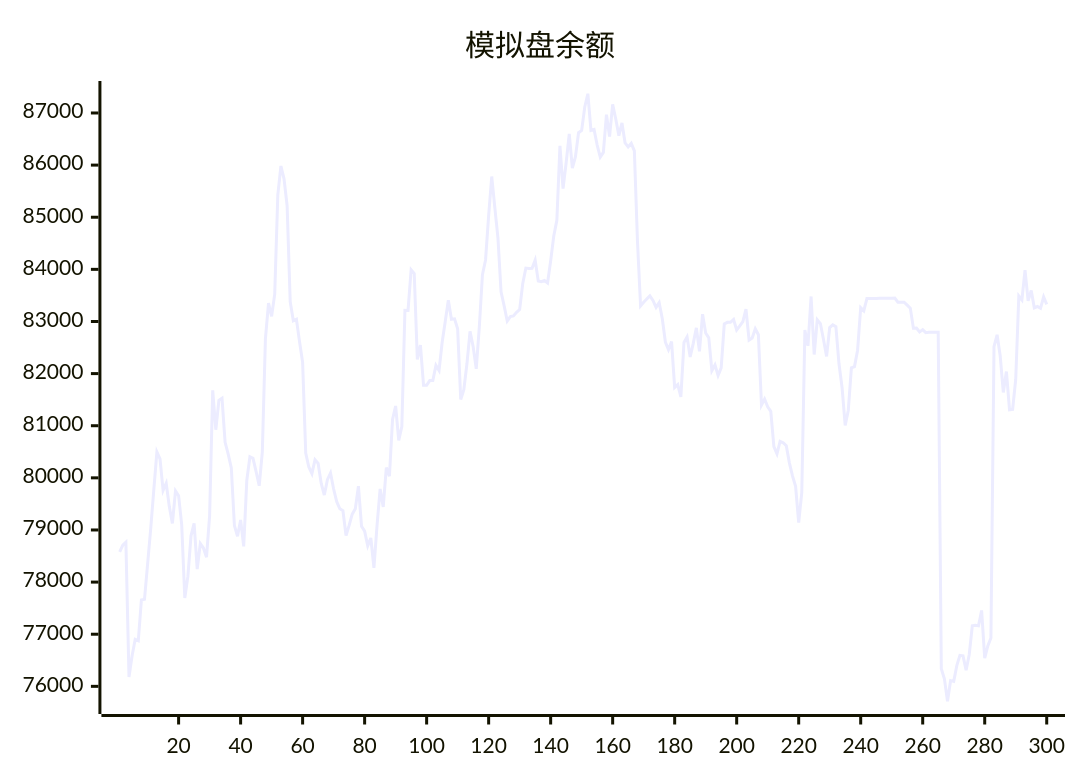
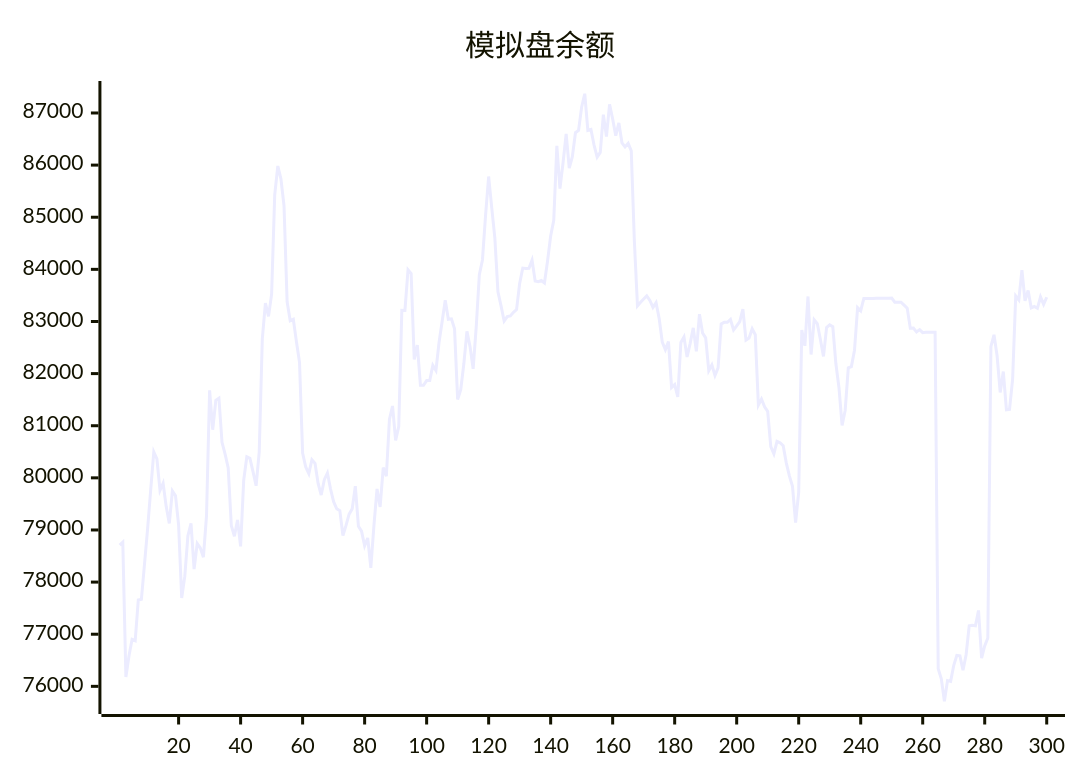
Before and after one commit to aahl/ai-trading: the diagram in README.md, drawn with Mermaid. The commit also changed other lines of this file and 1 other file, not shown here.

````diff
--- a/README.md
+++ b/README.md
@@ -5,5 +5,5 @@
 ```mermaid
 xychart
     title "模拟盘余额"
-    line [78580,78708,78764,76179,76586,76902,76876,77658,77669,78346,79023,79769,80497,80366,79761,79896,79448,79126,79749,79658,79097,77695,78114,78888,79126,78249,78738,78653,78478,79271,81680,80923,81488,81527,80681,80455,80190,79084,78879,79193,78686,79954,80403,80374,80118,79848,80491,82665,83351,83098,83525,85430,85983,85737,85221,83378,83014,83043,82613,82216,80477,80208,80081,80348,80277,79894,79670,79965,80093,79786,79542,79406,79371,78893,79087,79304,79406,79841,79072,78978,78696,78846,78272,79085,79787,79442,80198,80031,81120,81379,80718,80985,83214,83212,83993,83921,82270,82547,81776,81776,81866,81866,82158,82061,82596,83000,83408,83041,83050,82858,81503,81691,82188,82812,82517,82092,82901,83898,84180,85030,85781,85178,84604,83569,83298,83008,83093,83107,83175,83228,83729,84025,84017,84019,84177,83775,83762,83785,83738,84160,84639,84939,86370,85548,86046,86599,85942,86161,86622,86664,87115,87369,86666,86685,86384,86152,86243,86969,86548,87164,86885,86566,86809,86427,86348,86417,86273,84538,83299,83369,83430,83490,83404,83270,83362,83056,82605,82459,82614,81734,81788,81551,82598,82702,82320,82580,82878,82426,83139,82778,82686,82056,82166,81963,82110,82951,82983,82984,83038,82838,82915,82998,83235,82642,82682,82858,82746,81396,81512,81362,81277,80600,80461,80699,80673,80616,80288,80038,79836,79142,79722,82837,82533,83480,82366,83032,82960,82654,82330,82883,82934,82901,82188,81728,81005,81298,82110,82135,82449,83264,83203,83440,83439,83440,83440,83446,83447,83448,83447,83448,83449,83369,83369,83369,83313,83256,82872,82873,82801,82844,82785,82791,82791,82793,82794,76339,76145,75714,76110,76096,76397,76594,76585,76310,76607,77160,77170,77160,77456,76541,76774,76927,82520,82744,82337,81639,82040,81307,81314,81887,83490,83414,83984,83396,83594,83261,83287,83253,83470,83327]
+    line [78708,78764,76179,76586,76902,76876,77658,77669,78346,79023,79769,80497,80366,79761,79896,79448,79126,79749,79658,79097,77695,78114,78888,79126,78249,78738,78653,78478,79271,81680,80923,81488,81527,80681,80455,80190,79084,78879,79193,78686,79954,80403,80374,80118,79848,80491,82665,83351,83098,83525,85430,85983,85737,85221,83378,83014,83043,82613,82216,80477,80208,80081,80348,80277,79894,79670,79965,80093,79786,79542,79406,79371,78893,79087,79304,79406,79841,79072,78978,78696,78846,78272,79085,79787,79442,80198,80031,81120,81379,80718,80985,83214,83212,83993,83921,82270,82547,81776,81776,81866,81866,82158,82061,82596,83000,83408,83041,83050,82858,81503,81691,82188,82812,82517,82092,82901,83898,84180,85030,85781,85178,84604,83569,83298,83008,83093,83107,83175,83228,83729,84025,84017,84019,84177,83775,83762,83785,83738,84160,84639,84939,86370,85548,86046,86599,85942,86161,86622,86664,87115,87369,86666,86685,86384,86152,86243,86969,86548,87164,86885,86566,86809,86427,86348,86417,86273,84538,83299,83369,83430,83490,83404,83270,83362,83056,82605,82459,82614,81734,81788,81551,82598,82702,82320,82580,82878,82426,83139,82778,82686,82056,82166,81963,82110,82951,82983,82984,83038,82838,82915,82998,83235,82642,82682,82858,82746,81396,81512,81362,81277,80600,80461,80699,80673,80616,80288,80038,79836,79142,79722,82837,82533,83480,82366,83032,82960,82654,82330,82883,82934,82901,82188,81728,81005,81298,82110,82135,82449,83264,83203,83440,83439,83440,83440,83446,83447,83448,83447,83448,83449,83369,83369,83369,83313,83256,82872,82873,82801,82844,82785,82791,82791,82793,82794,76339,76145,75714,76110,76096,76397,76594,76585,76310,76607,77160,77170,77160,77456,76541,76774,76927,82520,82744,82337,81639,82040,81307,81314,81887,83490,83414,83984,83396,83594,83261,83287,83253,83470,83327,83465]
 ```
````
